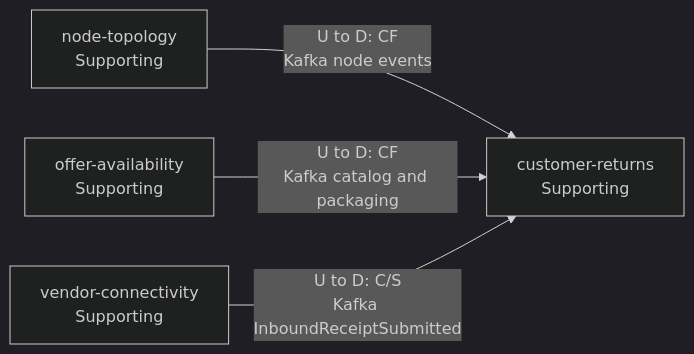
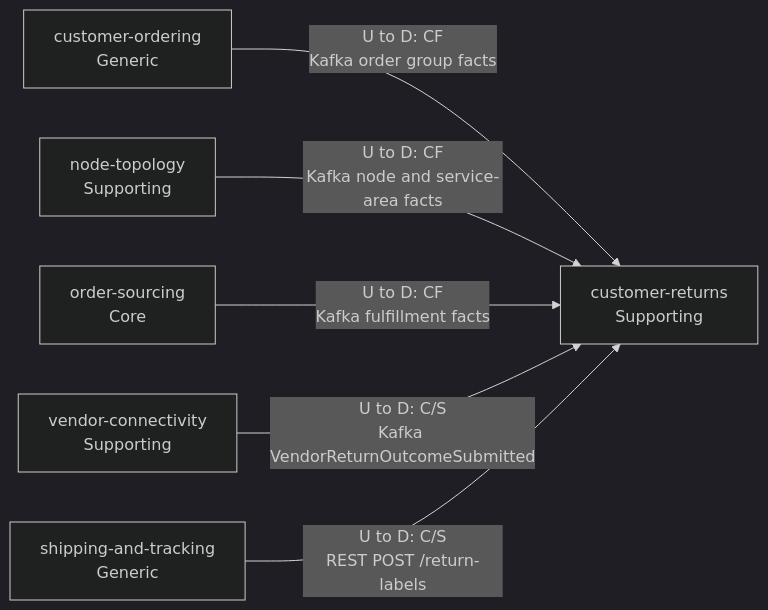
The first of 2 diagrams in docs/docs/ddd/context-map.md (IQVO/customer-returns), drawn with Mermaid (dark theme) before and after one commit. The commit also changed other lines of this file and 13 other files, not shown here.

````diff
--- a/docs/docs/ddd/context-map.md
+++ b/docs/docs/ddd/context-map.md
@@ -17,10 +17,14 @@
 ```mermaid
 flowchart LR
+    CO["customer-ordering<br/>Generic"]
     NT["node-topology<br/>Supporting"]
-    OA["offer-availability<br/>Supporting"]
+    OS["order-sourcing<br/>Core"]
     VC["vendor-connectivity<br/>Supporting"]
-    SI["customer-returns<br/>Supporting"]
-    NT -->|"U to D: CF<br/>Kafka node events"| SI
-    OA -->|"U to D: CF<br/>Kafka catalog and packaging"| SI
-    VC -->|"U to D: C/S<br/>Kafka InboundReceiptSubmitted"| SI
+    ST["shipping-and-tracking<br/>Generic"]
+    CR["customer-returns<br/>Supporting"]
+    CO -->|"U to D: CF<br/>Kafka order group facts"| CR
+    NT -->|"U to D: CF<br/>Kafka node and service-area facts"| CR
+    OS -->|"U to D: CF<br/>Kafka fulfillment facts"| CR
+    VC -->|"U to D: C/S<br/>Kafka VendorReturnOutcomeSubmitted"| CR
+    ST -->|"U to D: C/S<br/>REST POST /return-labels"| CR
 ```
````
